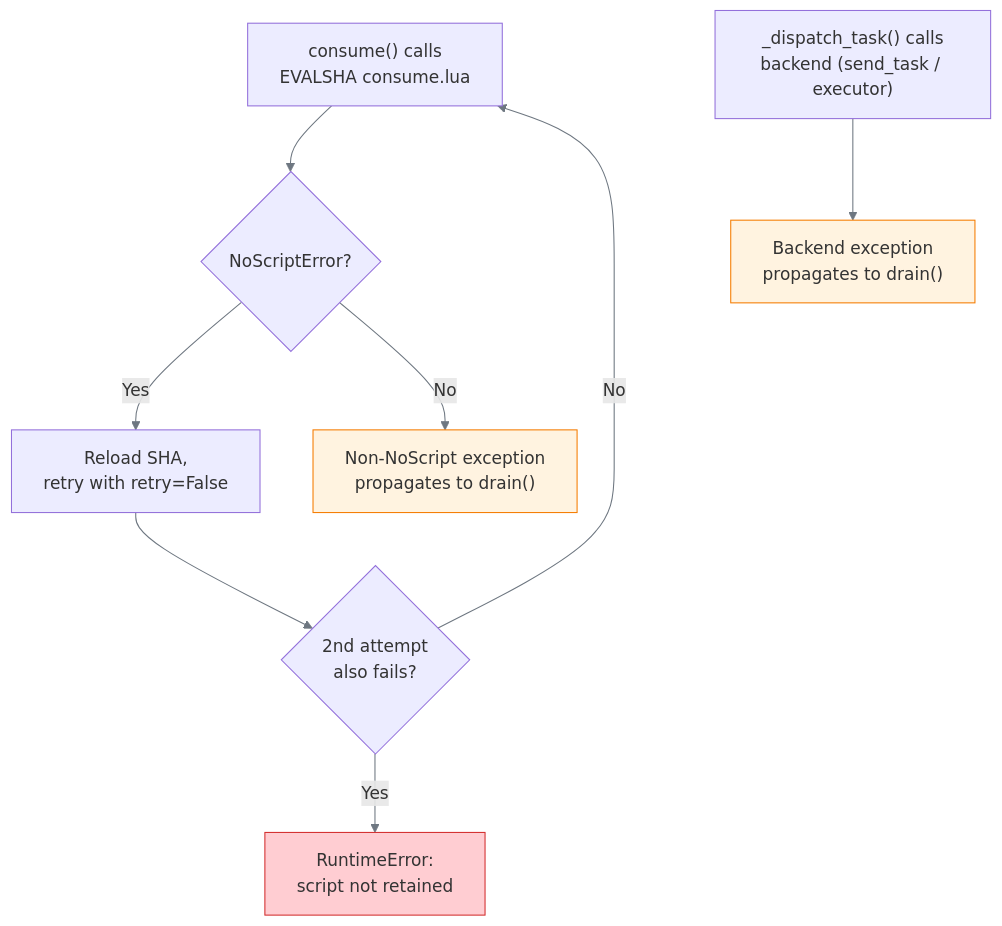
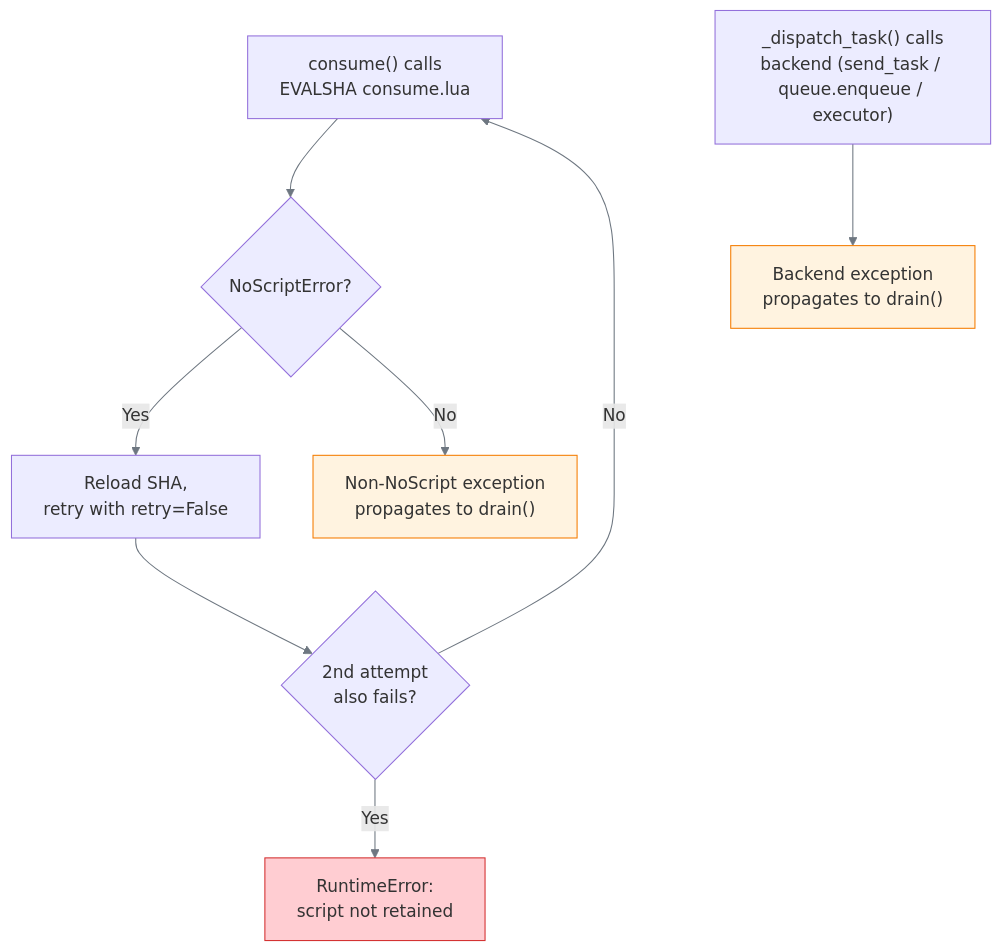
Before and after one commit to melroy999/redis-rate-limiter: the third of 6 diagrams in docs/architecture/error-handling.md, drawn with Mermaid. The commit also changed other lines of this file and 30 other files, not shown here.

Commit message:
[/backends] Added backend implementation for redis queue.

````diff
--- a/docs/architecture/error-handling.md
+++ b/docs/architecture/error-handling.md
@@ -106,23 +106,23 @@
 ```mermaid
 %%{init: {"theme": "default", "themeVariables": {"lineColor": "#6e7781"}}}%%
 flowchart TD
     C_EVAL["consume() calls<br>EVALSHA consume.lua"]
     C_NOSCRIPT{"NoScriptError?"}
     C_RETRY["Reload SHA,<br>retry with retry=False"]
     C_RETRY_FAIL{"2nd attempt<br>also fails?"}
     C_RUNTIME["RuntimeError:<br>script not retained"]
     C_PROPAGATE["Non-NoScript exception<br>propagates to drain()"]
-    C_DISPATCH["_dispatch_task() calls<br>backend (send_task / executor)"]
+    C_DISPATCH["_dispatch_task() calls<br>backend (send_task / queue.enqueue / executor)"]
     C_DISPATCH_FAIL["Backend exception<br>propagates to drain()"]
 
     C_EVAL --> C_NOSCRIPT
     C_NOSCRIPT -- "Yes" --> C_RETRY --> C_RETRY_FAIL
     C_RETRY_FAIL -- "Yes" --> C_RUNTIME
     C_RETRY_FAIL -- "No" --> C_EVAL
     C_NOSCRIPT -- "No" --> C_PROPAGATE
     C_DISPATCH --> C_DISPATCH_FAIL
 
     style C_RUNTIME fill:#ffcdd2,stroke:#D32F2F
     style C_PROPAGATE fill:#fff3e0,stroke:#F57C00
     style C_DISPATCH_FAIL fill:#fff3e0,stroke:#F57C00
 ```
````
